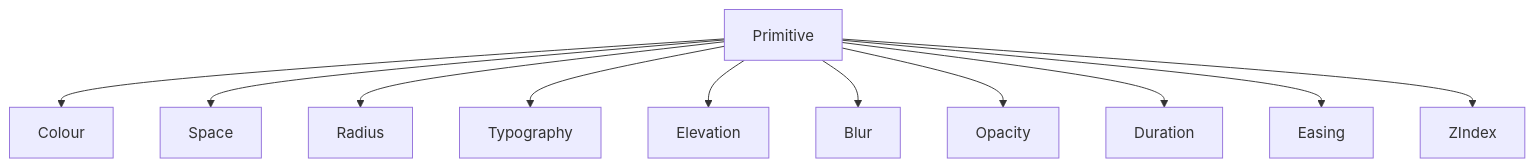
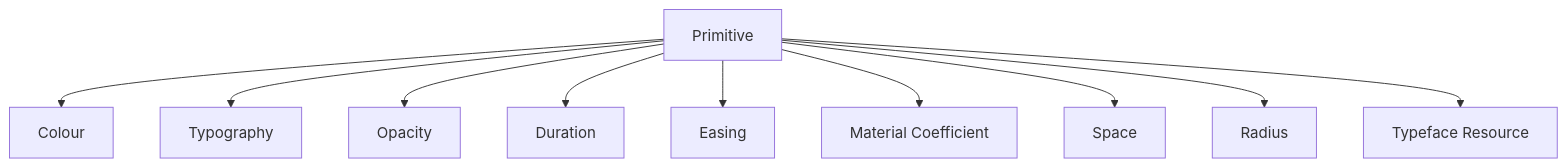
One commit to mosaic-media/architecture changed the first of 6 diagrams in docs/design/system/mds-001-design-token-architecture/03-primitive-tokens.md. Above: the diagram before and after it, drawn with Mermaid. The commit also changed other lines of this file and 19 other files, not shown here.

Commit message:
docs(mds-001): simplify token resolution architecture

````diff
--- a/docs/design/system/mds-001-design-token-architecture/03-primitive-tokens.md
+++ b/docs/design/system/mds-001-design-token-architecture/03-primitive-tokens.md
@@ -132,26 +128,24 @@
 ```mermaid
 flowchart TD
 
 N1["Primitive"]
 N2["Colour"]
-N3["Space"]
-N4["Radius"]
-N5["Typography"]
-N6["Elevation"]
-N7["Blur"]
-N8["Opacity"]
-N9["Duration"]
-N10["Easing"]
-N11["ZIndex"]
+N3["Typography"]
+N4["Opacity"]
+N5["Duration"]
+N6["Easing"]
+N7["Material Coefficient"]
+N8["Space"]
+N9["Radius"]
+N10["Typeface Resource"]
 
 N1 --> N2
 N1 --> N3
 N1 --> N4
 N1 --> N5
 N1 --> N6
 N1 --> N7
 N1 --> N8
 N1 --> N9
 N1 --> N10
-N1 --> N11
 ```
````
